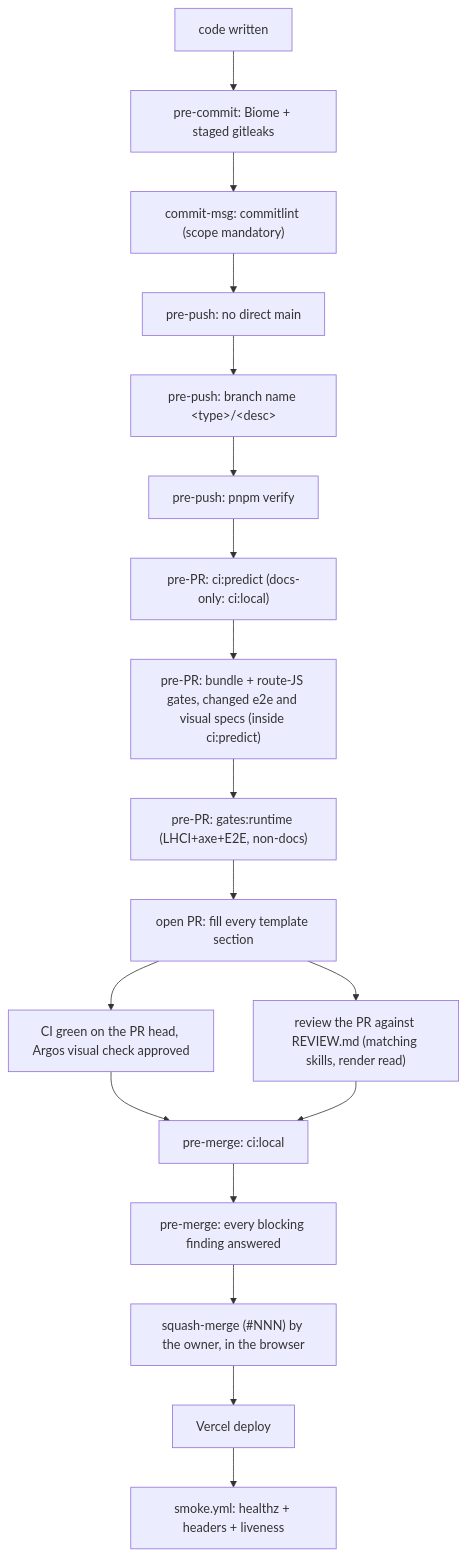
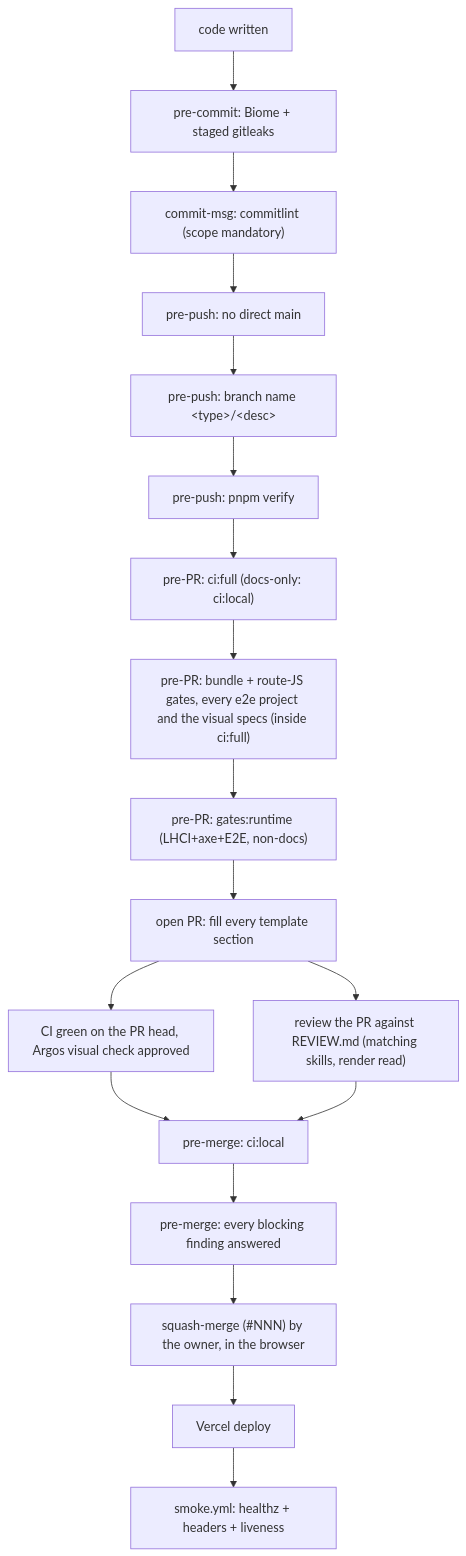
The first of 2 diagrams in docs/handbook/review-merge-release.md (erikunha/portfolio), drawn with Mermaid before and after one commit. The commit also changed 34 other files, not shown here.

First line of the commit message:
feat(ci): replace the Docker ci:predict with a native sequential ci:full

````diff
--- a/docs/handbook/review-merge-release.md
+++ b/docs/handbook/review-merge-release.md
@@ -7,20 +7,20 @@
 ```mermaid
 flowchart TD
     write["code written"] --> c1["pre-commit: Biome + staged gitleaks"]
     c1 --> c2["commit-msg: commitlint (scope mandatory)"]
     c2 --> p1["pre-push: no direct main"]
     p1 --> p2["pre-push: branch name #lt;type#gt;/#lt;desc#gt;"]
     p2 --> p5["pre-push: pnpm verify"]
-    p5 --> r1["pre-PR: ci:predict (docs-only: ci:local)"]
-    r1 --> r2["pre-PR: bundle + route-JS gates, changed e2e and visual specs (inside ci:predict)"]
+    p5 --> r1["pre-PR: ci:full (docs-only: ci:local)"]
+    r1 --> r2["pre-PR: bundle + route-JS gates, every e2e project and the visual specs (inside ci:full)"]
     r2 --> r4["pre-PR: gates:runtime (LHCI+axe+E2E, non-docs)"]
     r4 --> o1["open PR: fill every template section"]
     o1 --> o1b["CI green on the PR head, Argos visual check approved"]
     o1 --> o2["review the PR against REVIEW.md (matching skills, render read)"]
     o1b --> m1["pre-merge: ci:local"]
     o2 --> m1
     m1 --> m4["pre-merge: every blocking finding answered"]
     m4 --> merge["squash-merge (#NNN) by the owner, in the browser"]
     merge --> deploy["Vercel deploy"]
     deploy --> smoke["smoke.yml: healthz + headers + liveness"]
 ```
````
